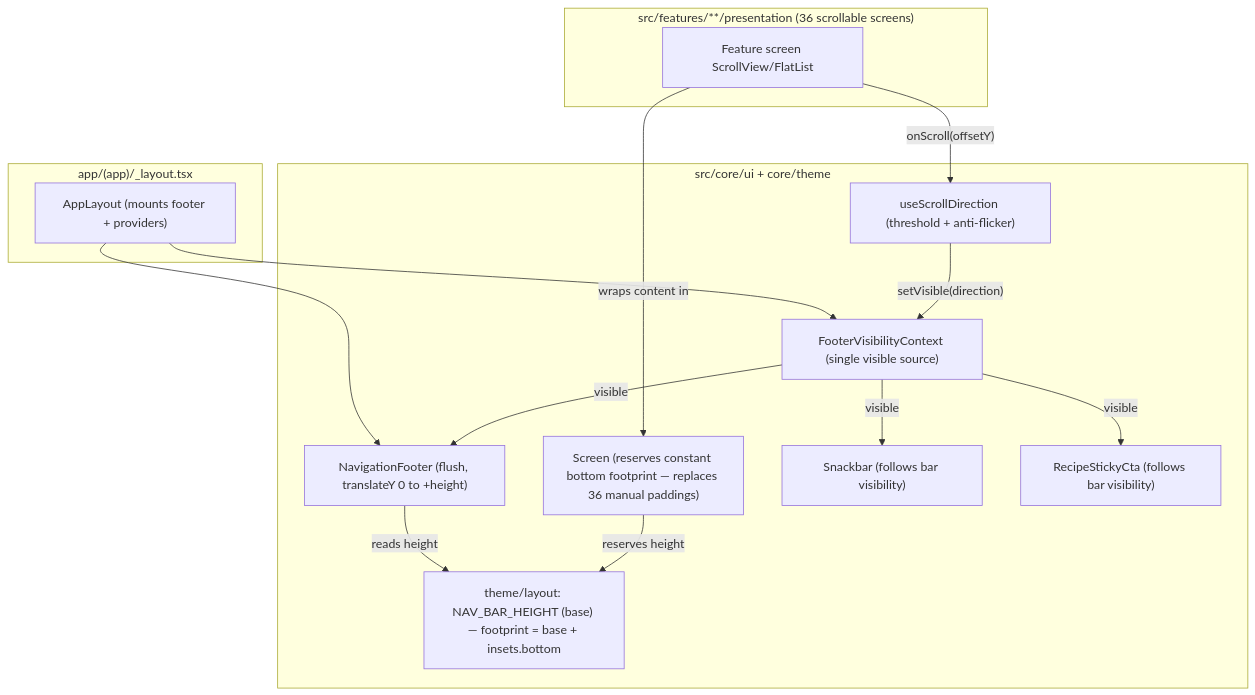
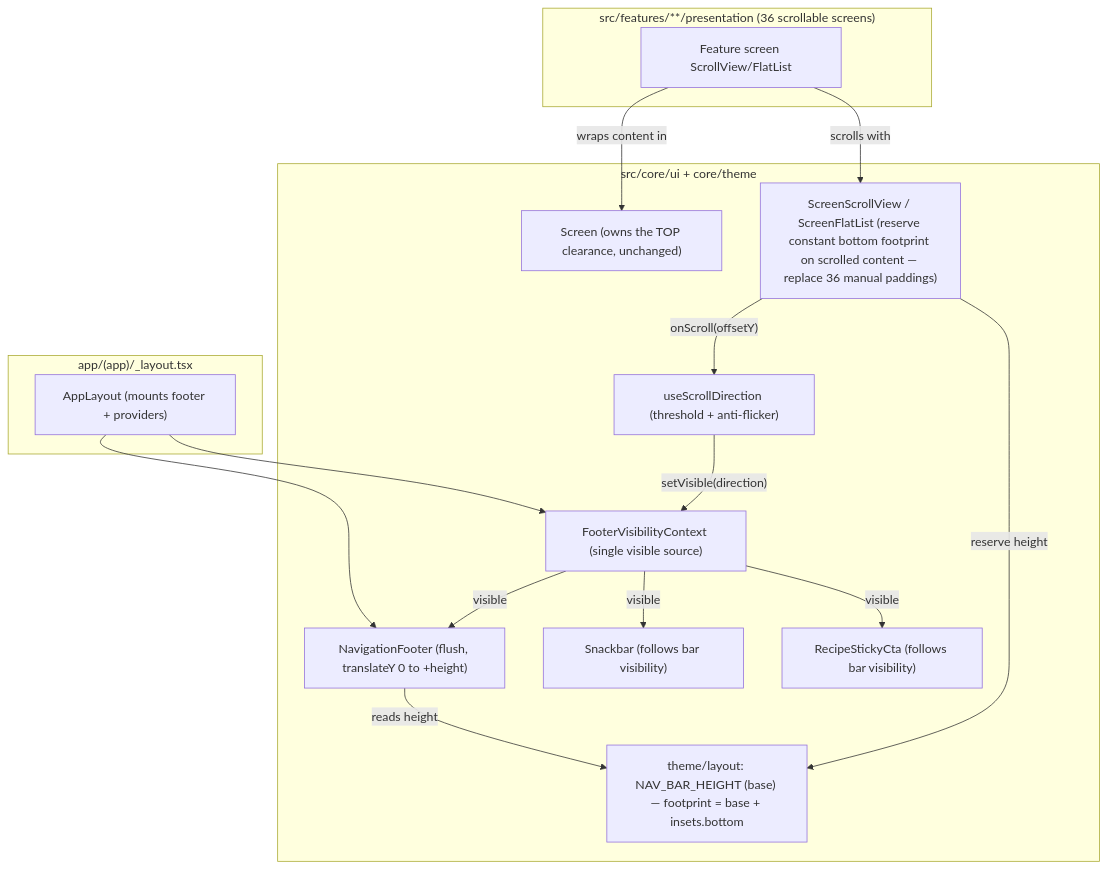
One commit to benoit-bremaud/brasse-bouillon changed the diagram in docs/architecture/diagrams/footer-nav-redesign/01-component.md. Above: the diagram before and after it, drawn with Mermaid. The commit also changed other lines of this file and 55 other files, not shown here.

First line of the commit message:
feat(mobile-app): flush scroll-away bottom bar with centralized clearance (#1452)

````diff
--- a/docs/architecture/diagrams/footer-nav-redesign/01-component.md
+++ b/docs/architecture/diagrams/footer-nav-redesign/01-component.md
@@ -16,31 +16,33 @@
 ```mermaid
 flowchart TD
   subgraph app ["app/(app)/_layout.tsx"]
     Layout["AppLayout (mounts footer + providers)"]
   end
 
   subgraph core ["src/core/ui + core/theme"]
-    Screen["Screen (reserves constant bottom footprint — replaces 36 manual paddings)"]
+    Screen["Screen (owns the TOP clearance, unchanged)"]
+    Containers["ScreenScrollView / ScreenFlatList (reserve constant bottom footprint on scrolled content — replace 36 manual paddings)"]
     UseScroll["useScrollDirection (threshold + anti-flicker)"]
     VisCtx["FooterVisibilityContext (single visible source)"]
     Footer["NavigationFooter (flush, translateY 0 to +height)"]
     Snack["Snackbar (follows bar visibility)"]
     Cta["RecipeStickyCta (follows bar visibility)"]
     Tokens["theme/layout: NAV_BAR_HEIGHT (base) — footprint = base + insets.bottom"]
   end
 
   subgraph features ["src/features/**/presentation (36 scrollable screens)"]
     ScreenN["Feature screen ScrollView/FlatList"]
   end
 
   Layout --> VisCtx
   Layout --> Footer
   ScreenN -->|"wraps content in"| Screen
-  ScreenN -->|"onScroll(offsetY)"| UseScroll
+  ScreenN -->|"scrolls with"| Containers
+  Containers -->|"onScroll(offsetY)"| UseScroll
   UseScroll -->|"setVisible(direction)"| VisCtx
   VisCtx -->|"visible"| Footer
   VisCtx -->|"visible"| Snack
   VisCtx -->|"visible"| Cta
   Footer -->|"reads height"| Tokens
-  Screen -->|"reserves height"| Tokens
+  Containers -->|"reserve height"| Tokens
 ```
````
